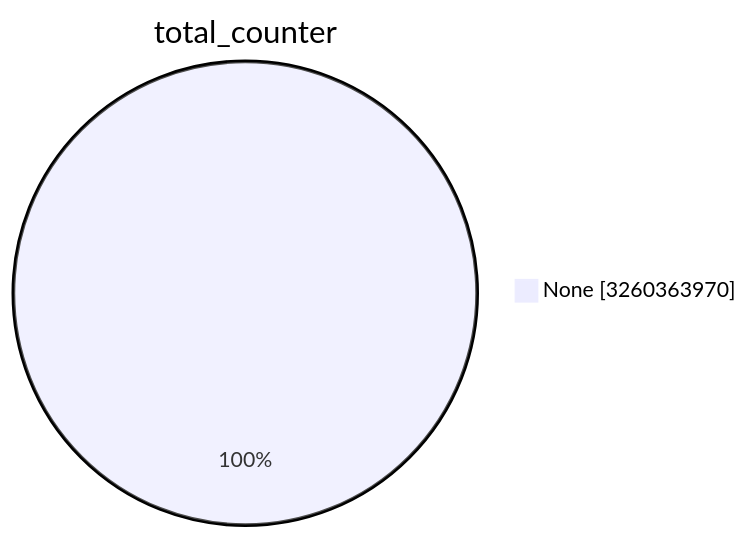
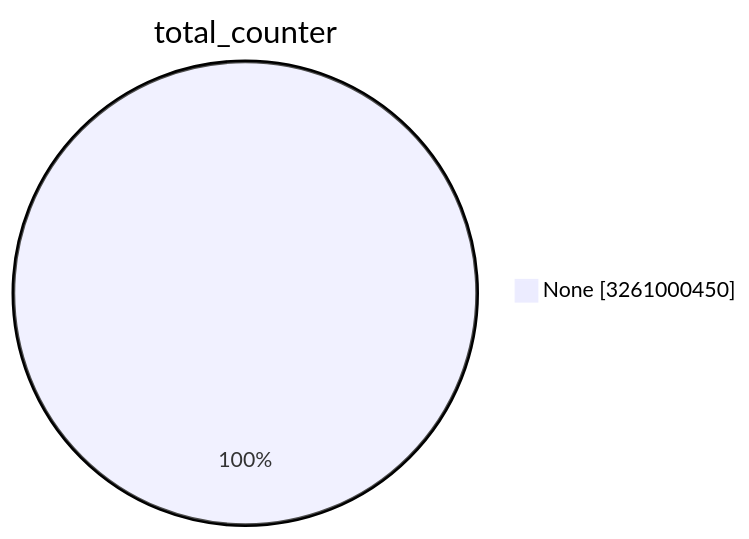
Before and after one commit to christiankrug/ctmonitor_visualization: the first of 15 diagrams in TOTAL/README.md, drawn with Mermaid. The commit also changed other lines of this file, not shown here.

````diff
--- a/TOTAL/README.md
+++ b/TOTAL/README.md
@@ -1,5 +1,5 @@
 ```mermaid
 pie showData
 title total_counter
-"None" :3260363970
+"None" :3261000450
 ```
````
